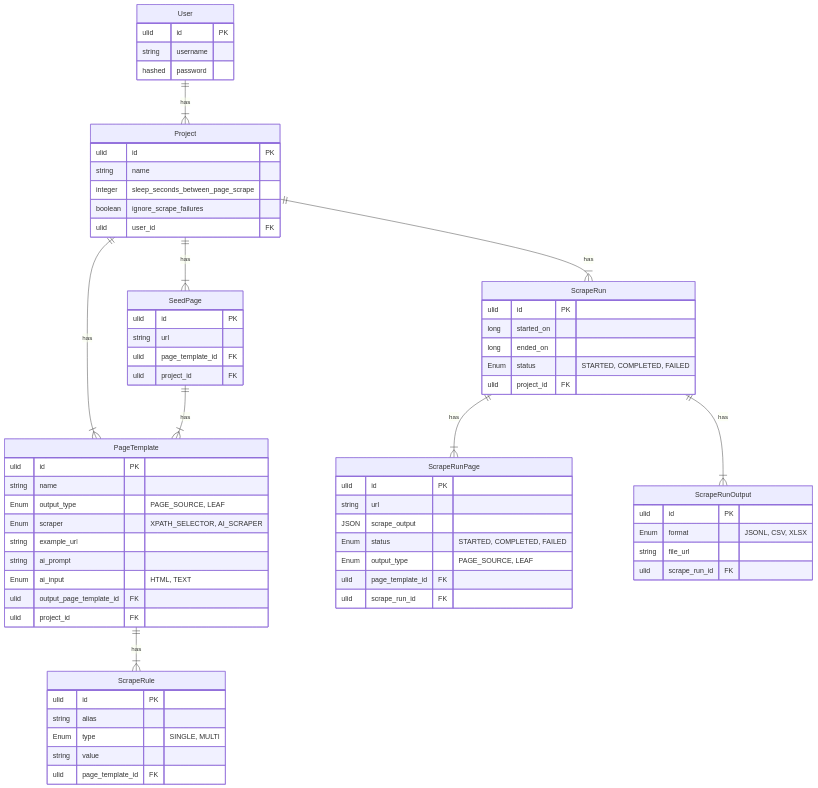
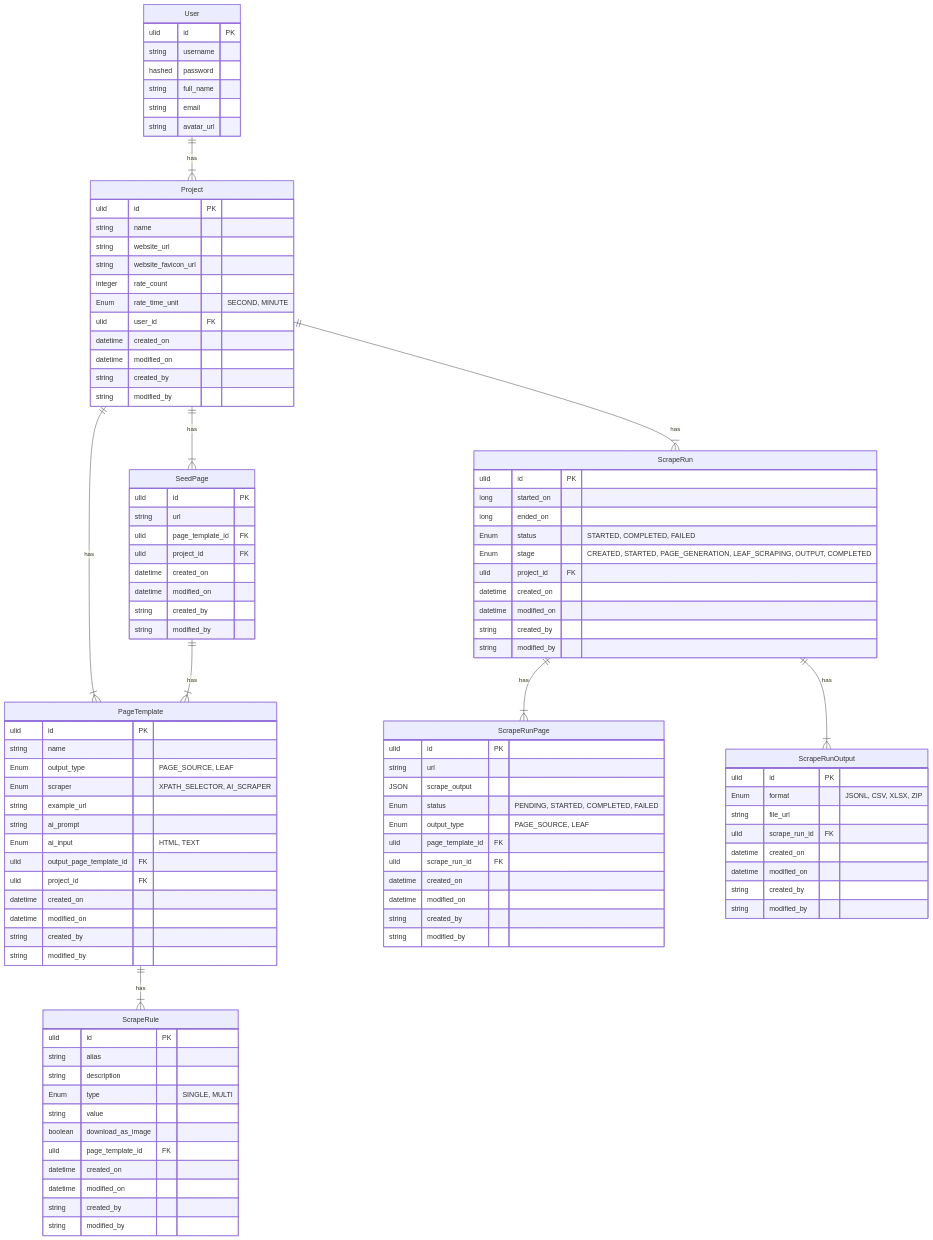
Before and after one commit to tejas0908/EasyScraper: the third of 6 diagrams in docs/README.md, drawn with Mermaid. The commit also changed 2 other files, not shown here.

```diff
--- a/docs/README.md
+++ b/docs/README.md
@@ -41,13 +41,22 @@
         ulid id PK
         string username
         hashed password
+        string full_name
+        string email
+        string avatar_url
     }
     Project{
         ulid id PK
         string name
-        integer sleep_seconds_between_page_scrape
-        boolean ignore_scrape_failures
+        string website_url
+        string website_favicon_url
+        integer rate_count
+        Enum rate_time_unit "SECOND, MINUTE"
         ulid user_id FK
+        datetime created_on
+        datetime modified_on
+        string created_by
+        string modified_by
     }
     PageTemplate{
         ulid id PK
@@ -59,41 +68,68 @@
         Enum ai_input "HTML, TEXT"
         ulid output_page_template_id FK
         ulid project_id FK
+        datetime created_on
+        datetime modified_on
+        string created_by
+        string modified_by
     }
     SeedPage{
         ulid id PK
         string url
         ulid page_template_id FK
         ulid project_id FK
+        datetime created_on
+        datetime modified_on
+        string created_by
+        string modified_by
     }
     ScrapeRule{
         ulid id PK
         string alias
+        string description
         Enum type "SINGLE, MULTI"
         string value
+        boolean download_as_image
         ulid page_template_id FK
+        datetime created_on
+        datetime modified_on
+        string created_by
+        string modified_by
     }
     ScrapeRun{
         ulid id PK
         long started_on
         long ended_on
         Enum status "STARTED, COMPLETED, FAILED"
+        Enum stage "CREATED, STARTED, PAGE_GENERATION, LEAF_SCRAPING, OUTPUT, COMPLETED"
         ulid project_id FK
+        datetime created_on
+        datetime modified_on
+        string created_by
+        string modified_by
     }
     ScrapeRunPage{
         ulid id PK
         string url
         JSON scrape_output
-        Enum status "STARTED, COMPLETED, FAILED"
+        Enum status "PENDING, STARTED, COMPLETED, FAILED"
         Enum output_type "PAGE_SOURCE, LEAF"
         ulid page_template_id FK
         ulid scrape_run_id FK
+        datetime created_on
+        datetime modified_on
+        string created_by
+        string modified_by
     }
     ScrapeRunOutput{
         ulid id PK
-        Enum format "JSONL, CSV, XLSX"
+        Enum format "JSONL, CSV, XLSX, ZIP"
         string file_url
         ulid scrape_run_id FK
+        datetime created_on
+        datetime modified_on
+        string created_by
+        string modified_by
     }
     User ||--|{ Project : has
     Project ||--|{ SeedPage : has
```
